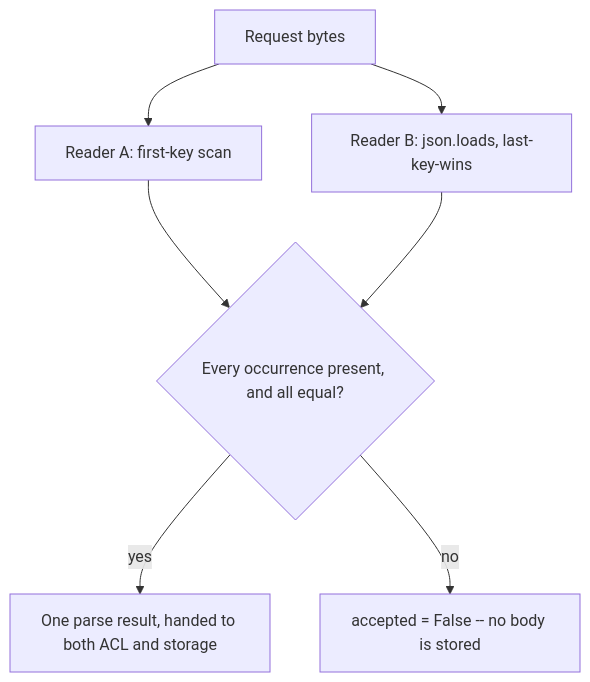
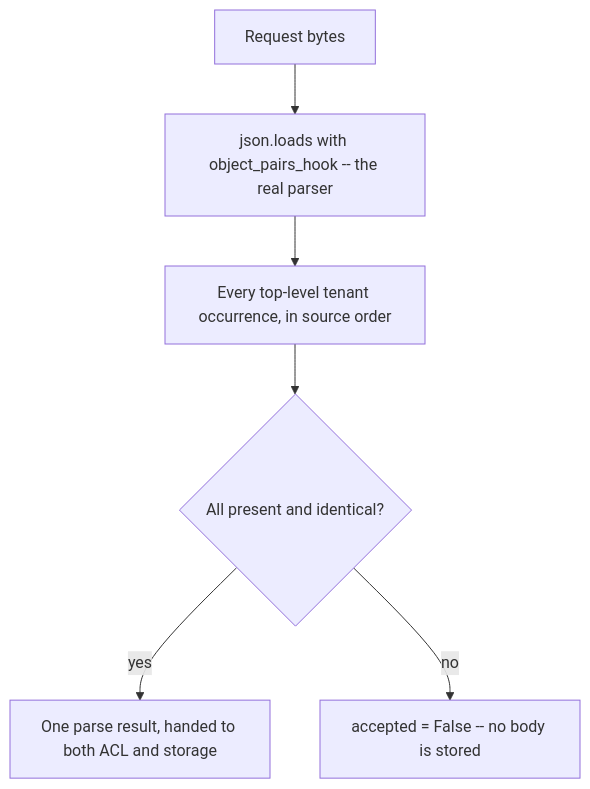
The diagram in content/modules/2/2.1/lessons/04-build.md (ishitvagoel/LearnSecurity), drawn with Mermaid before and after one commit. The commit also changed other lines of this file and 9 other files, not shown here.

````diff
--- a/content/modules/2/2.1/lessons/04-build.md
+++ b/content/modules/2/2.1/lessons/04-build.md
@@ -14,9 +14,8 @@
 ```mermaid
 flowchart TD
-  Bytes[Request bytes] --> P1[Reader A: first-key scan]
-  Bytes --> P2["Reader B: json.loads, last-key-wins"]
-  P1 --> Cmp{Every occurrence present, and all equal?}
-  P2 --> Cmp
+  Bytes[Request bytes] --> Root[json.loads with object_pairs_hook -- the real parser]
+  Root --> Occ[Every top-level tenant occurrence, in source order]
+  Occ --> Cmp{All present and identical?}
   Cmp -->|yes| One[One parse result, handed to both ACL and storage]
   Cmp -->|no| Deny["accepted = False -- no body is stored"]
 ```
````
